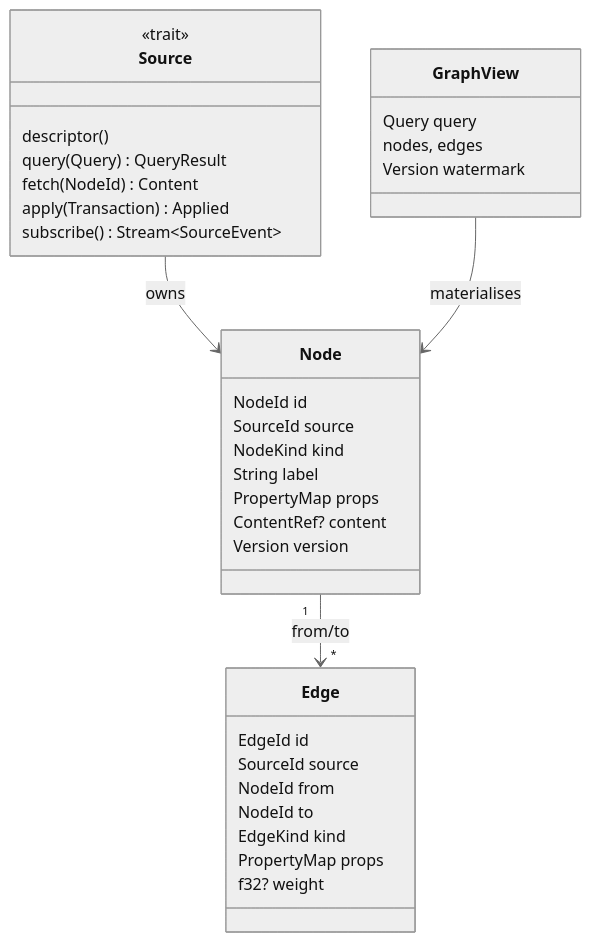
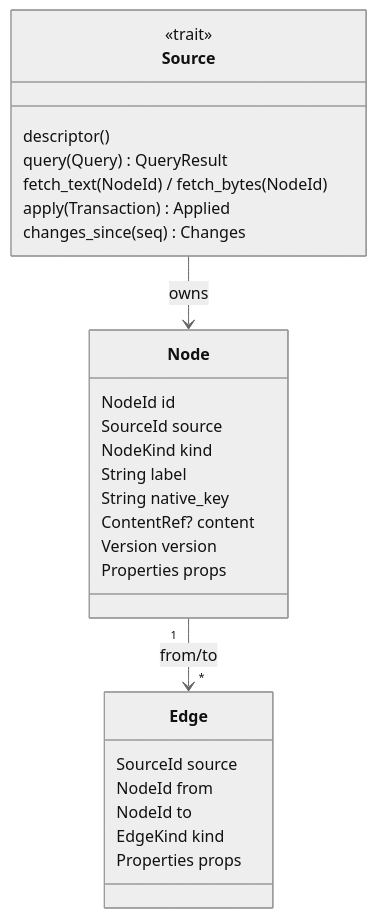
One commit to MathStruct/Moonkale changed the diagram in markdown/architecture/Graph-Native Model.md. Above: the diagram before and after it, drawn with Mermaid (neutral theme). The commit also changed other lines of this file and 28 other files, not shown here.

First line of the commit message:
Phase 6.2: the core model — properties on nodes and edges, content-addressed ids; GraphView and subscribe dropped (ADR-0015)

````diff
--- a/markdown/architecture/Graph-Native Model.md
+++ b/markdown/architecture/Graph-Native Model.md
@@ -21,37 +12,30 @@
 ```mermaid
 classDiagram
   class Node {
     NodeId id
     SourceId source
     NodeKind kind
     String label
-    PropertyMap props
+    String native_key
     ContentRef? content
     Version version
+    Properties props
   }
   class Edge {
-    EdgeId id
     SourceId source
     NodeId from
     NodeId to
     EdgeKind kind
-    PropertyMap props
-    f32? weight
+    Properties props
   }
   class Source {
     <<trait>>
     descriptor()
     query(Query) QueryResult
-    fetch(NodeId) Content
+    fetch_text(NodeId) / fetch_bytes(NodeId)
     apply(Transaction) Applied
-    subscribe() Stream~SourceEvent~
-  }
-  class GraphView {
-    Query query
-    nodes, edges
-    Version watermark
+    changes_since(seq) Changes
   }
   Node "1" --> "*" Edge : from/to
   Source --> Node : owns
-  GraphView --> Node : materialises
 ```
````
